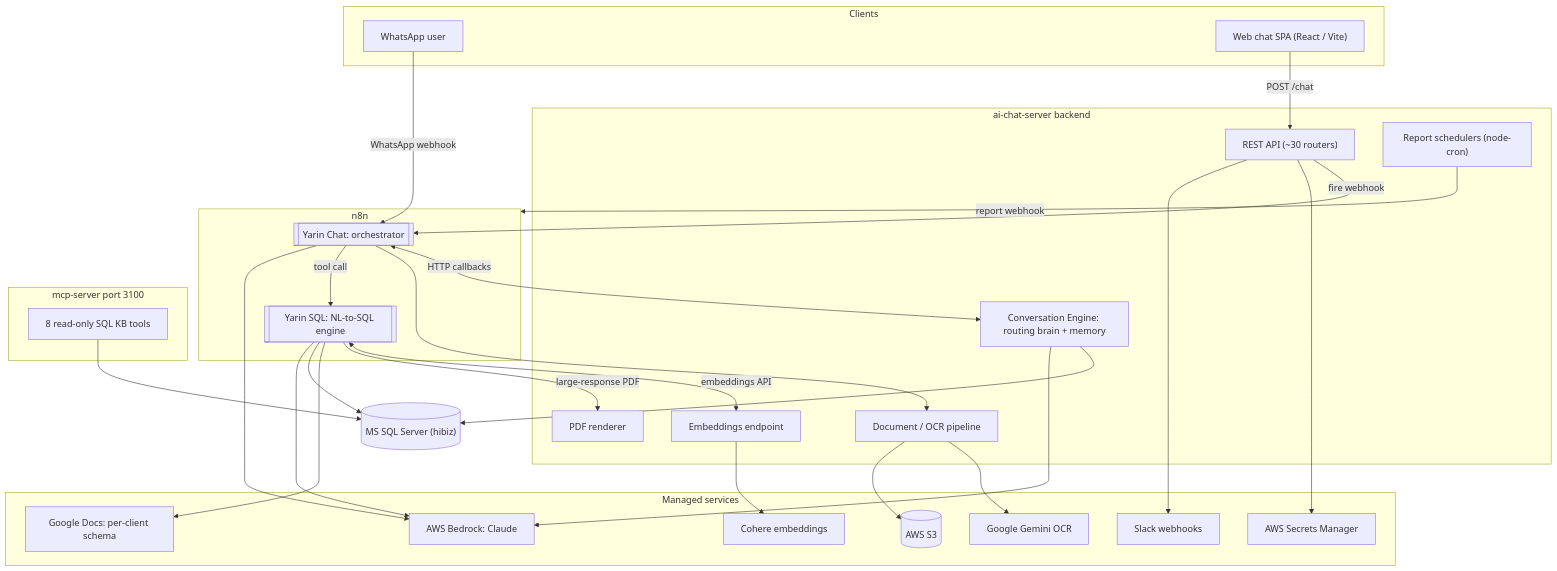
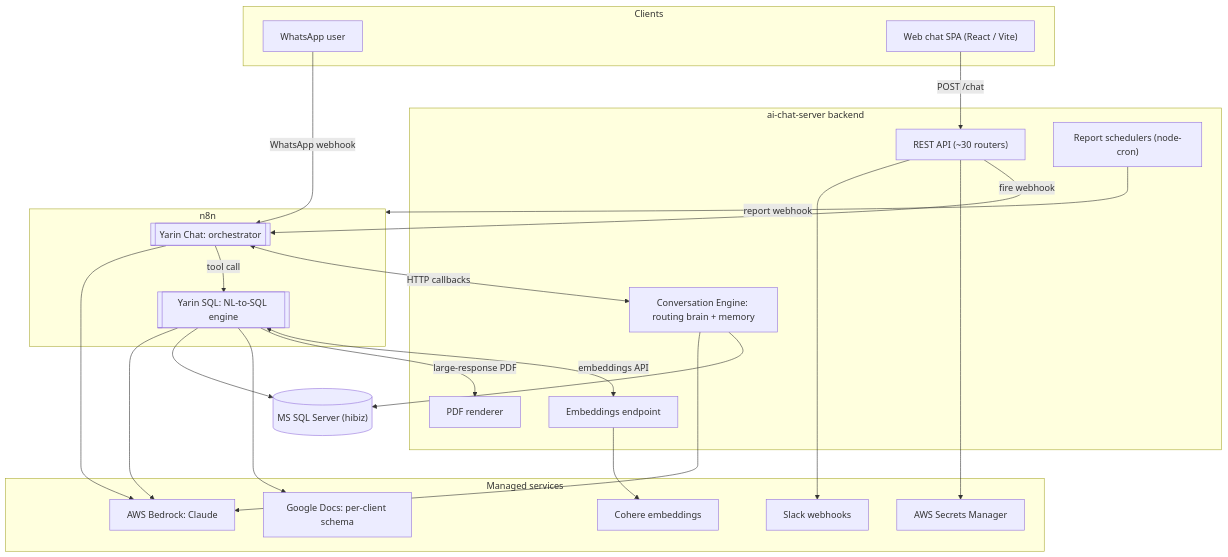
Before and after one commit to HiBiz-AI-SERVICES/hibiz-docs: the first of 2 diagrams in concepts/architecture-overview.mdx, drawn with Mermaid. The commit also changed other lines of this file and 9 other files, not shown here.

First line of the commit message:
docs: sync with codebase — remove MCP, OCR, Gmail, and platform-admin features

````diff
--- a/concepts/architecture-overview.mdx
+++ b/concepts/architecture-overview.mdx
@@ -26,59 +25,48 @@
 ```mermaid
 flowchart TB
     subgraph Clients
         WA["WhatsApp user"]
         WEB["Web chat SPA (React / Vite)"]
     end
 
     subgraph Backend["ai-chat-server backend"]
         API["REST API (~30 routers)"]
         CE["Conversation Engine: routing brain + memory"]
-        OCR["Document / OCR pipeline"]
         SCHED["Report schedulers (node-cron)"]
         EMB["Embeddings endpoint"]
         PDF["PDF renderer"]
     end
 
     subgraph N8N["n8n"]
         CHAT[["Yarin Chat: orchestrator"]]
         SQLWF[["Yarin SQL: NL-to-SQL engine"]]
     end
 
-    subgraph MCP["mcp-server port 3100"]
-        TOOLS["8 read-only SQL KB tools"]
-    end
-
     DB[("MS SQL Server (hibiz)")]
 
     subgraph Cloud["Managed services"]
         BED["AWS Bedrock: Claude"]
-        S3[("AWS S3")]
         SM["AWS Secrets Manager"]
         COH["Cohere embeddings"]
-        GEM["Google Gemini OCR"]
         GDOC["Google Docs: per-client schema"]
         SLACK["Slack webhooks"]
     end
 
     WA -->|WhatsApp webhook| CHAT
     WEB -->|POST /chat| API
     API -->|fire webhook| CHAT
     CHAT <-->|HTTP callbacks| CE
-    CHAT --> OCR
     CHAT -->|tool call| SQLWF
     SQLWF <-->|embeddings API| EMB
     SQLWF -->|large-response PDF| PDF
     SQLWF --> GDOC
     SQLWF --> DB
     SQLWF --> BED
     CHAT --> BED
     CE --> DB
     CE --> BED
-    OCR --> GEM
-    OCR --> S3
     EMB --> COH
     SCHED -->|report webhook| N8N
-    TOOLS --> DB
     API --> SM
     API --> SLACK
 ```
````
